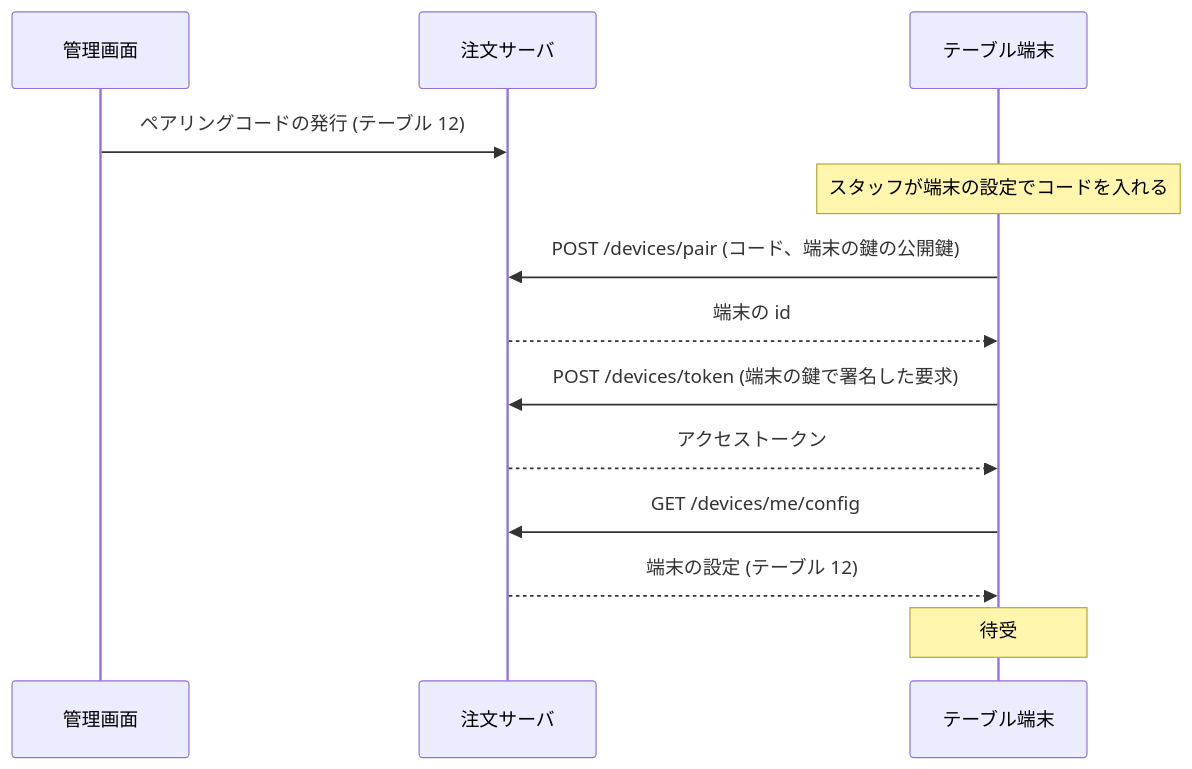
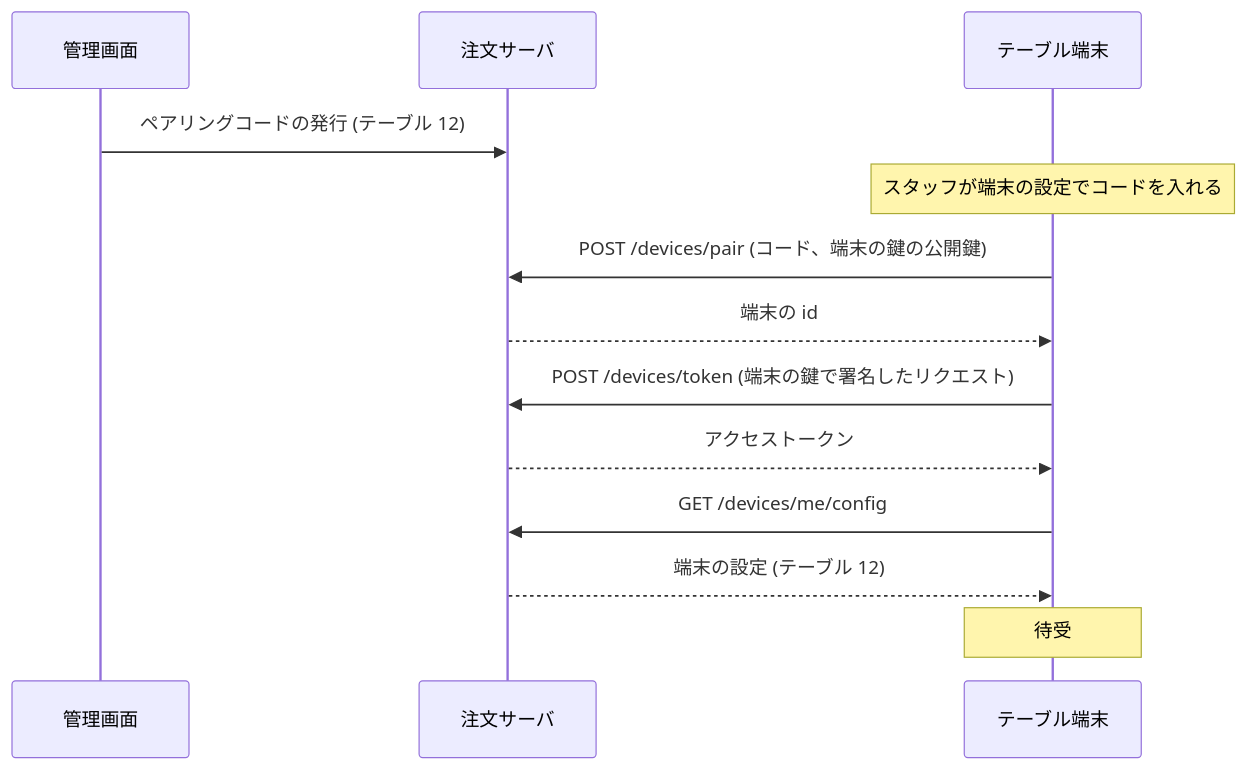
Before and after one commit to usausa/example-maui-order: the first of 2 diagrams in docs/business.md, drawn with Mermaid. The commit also changed other lines of this file and 7 other files, not shown here.

````diff
--- a/docs/business.md
+++ b/docs/business.md
@@ -107,15 +122,15 @@
 ```mermaid
 sequenceDiagram
     participant A as 管理画面
     participant S as 注文サーバ
     participant T as テーブル端末
     A->>S: ペアリングコードの発行 (テーブル 12)
     Note over T: スタッフが端末の設定でコードを入れる
     T->>S: POST /devices/pair (コード、端末の鍵の公開鍵)
     S-->>T: 端末の id
-    T->>S: POST /devices/token (端末の鍵で署名した要求)
+    T->>S: POST /devices/token (端末の鍵で署名したリクエスト)
     S-->>T: アクセストークン
     T->>S: GET /devices/me/config
     S-->>T: 端末の設定 (テーブル 12)
     Note over T: 待受
 ```
````
